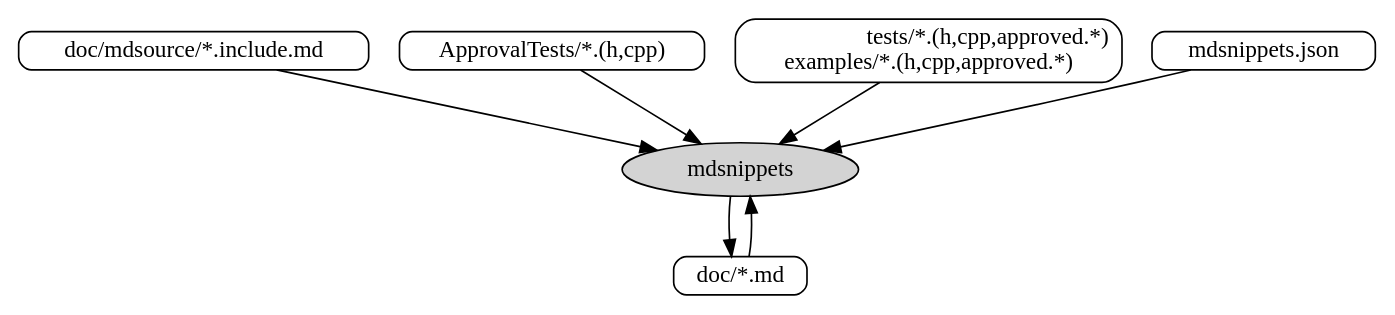
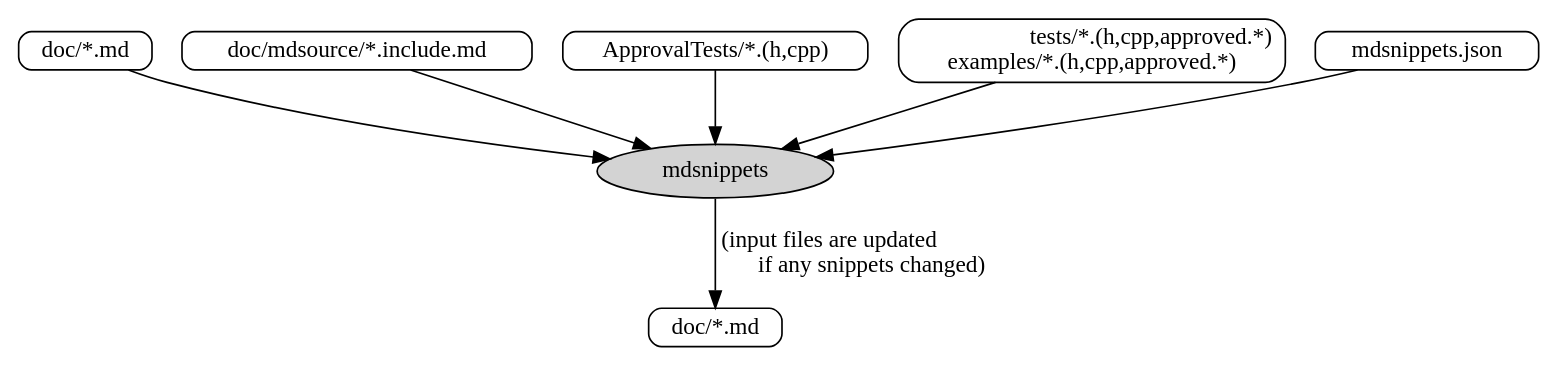
One commit to doytsujin/ApprovalTests.cpp changed the diagram in doc/images/source/mdsnippets_flow.dot. Above: the diagram before and after it, drawn with Graphviz. The commit also changed 1 other file, not shown here.

Commit message:
d   Try to clarify that "doc/*.md" is both input and output mdsnippets

```diff
--- a/doc/images/source/mdsnippets_flow.dot
+++ b/doc/images/source/mdsnippets_flow.dot
@@ -1,24 +1,25 @@
 digraph mdsnippets_flow {
     rankdir = "TB"
     node [fontsize = 14, shape = box, style="rounded", height = 0.25]
     edge [fontsize = 14]
 
     "mdsnippets" [shape = oval, fillcolor = lightgray, style = filled]
 
-    "docs_md" [label = "doc/*.md"]
-    "docs_md" -> "mdsnippets"
+    "docs_md_input" [label = "doc/*.md"]
+    "docs_md_input" -> "mdsnippets"
 
     "docs_include_md" [label = "doc/mdsource/*.include.md"]
     "docs_include_md" -> "mdsnippets"
 
     "ApprovalTests" [label = "ApprovalTests/*.(h,cpp)"]
     "ApprovalTests" -> "mdsnippets"
 
     "tests_source" [label = "tests/*.(h,cpp,approved.*)\rexamples/*.(h,cpp,approved.*)"]
     "tests_source" -> "mdsnippets"
 
     "mdsnippets_json" [label = "mdsnippets.json"]
     "mdsnippets_json" -> "mdsnippets"
 
-    "mdsnippets" -> "docs_md"
+    "docs_md_output" [label = "doc/*.md"]
+    "mdsnippets" -> "docs_md_output" [label = "  (input files are updated\l  if any snippets changed)"]
 }
```
